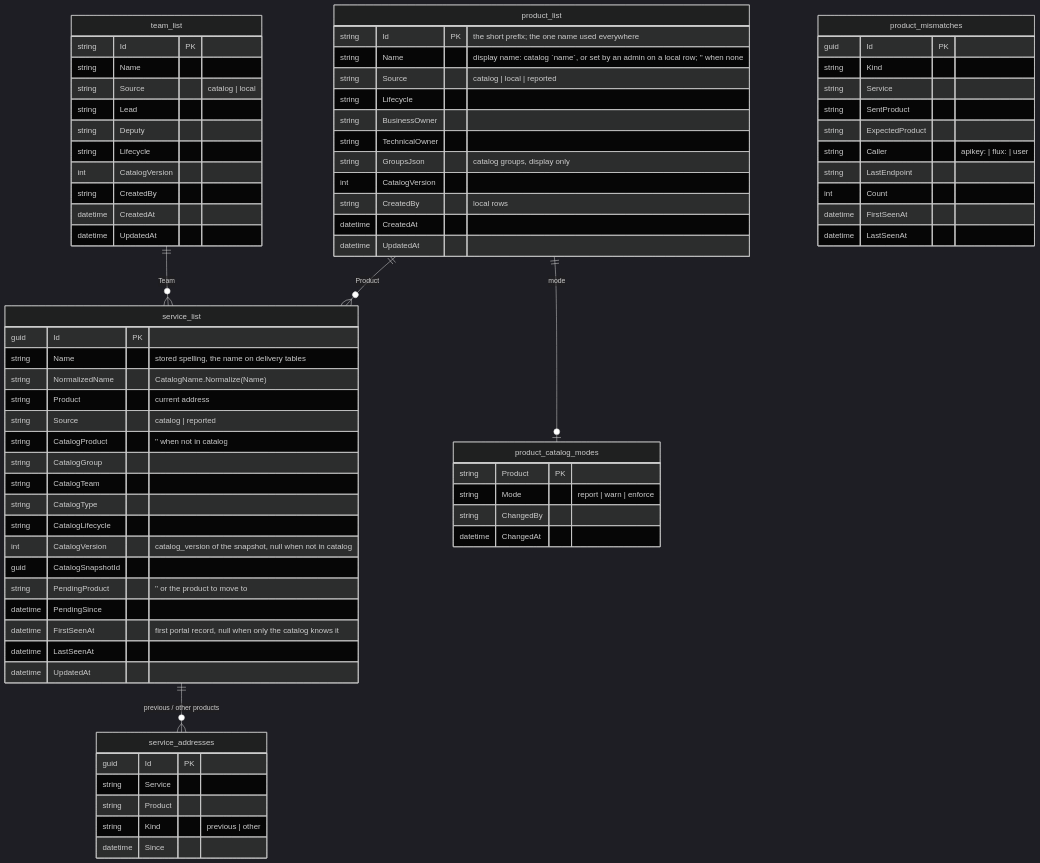
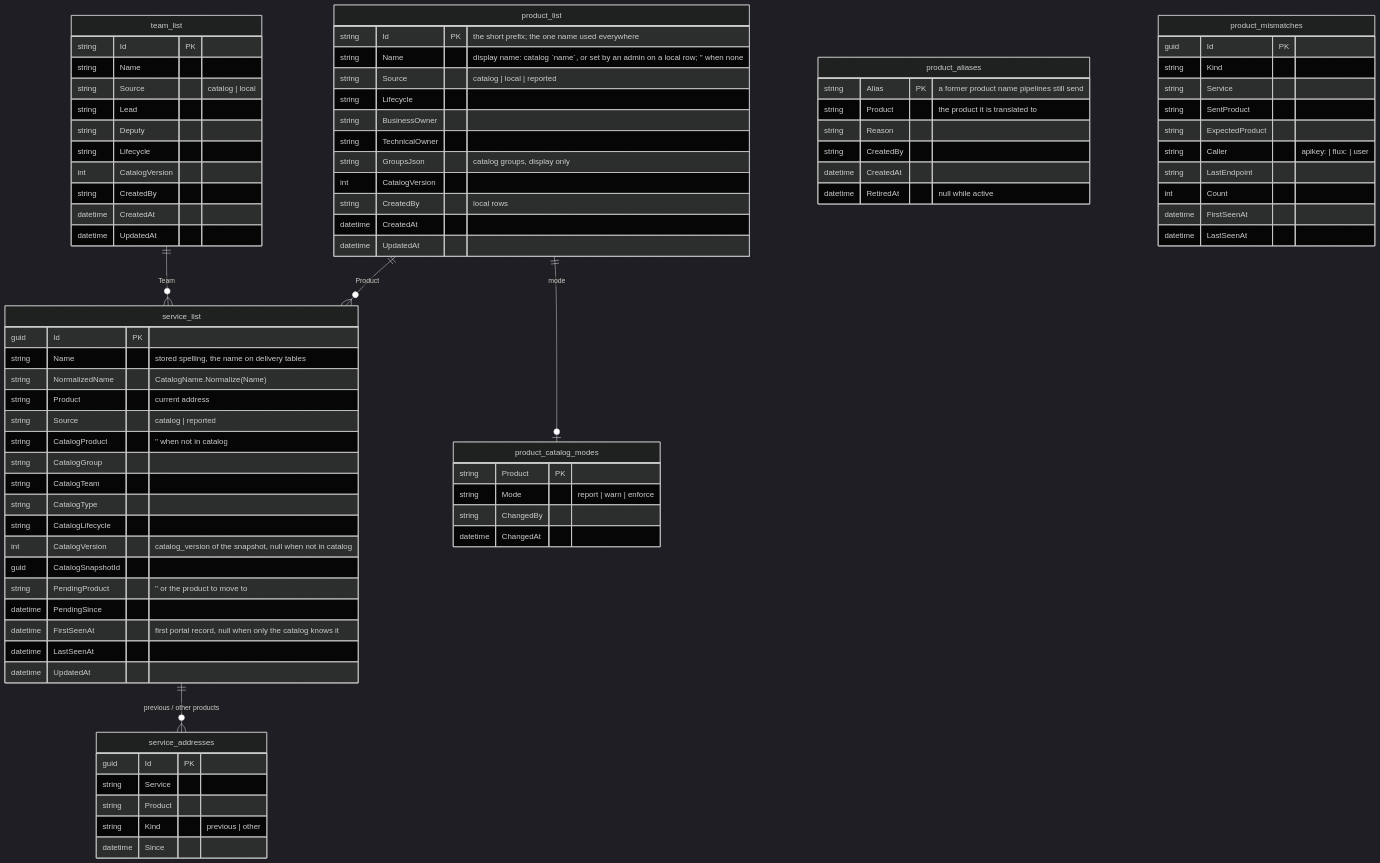
One commit to gr4b4z/InfraPilot changed the diagram in docs/plans/service-list-and-catalog-product.md. Above: the diagram before and after it, drawn with Mermaid (dark theme). The commit also changed other lines of this file and 5 other files, not shown here.

First line of the commit message:
docs: product aliases during the transition, product id rule, ops pseudo-product, agent on clusters without Flux

```diff
--- a/docs/plans/service-list-and-catalog-product.md
+++ b/docs/plans/service-list-and-catalog-product.md
@@ -240,6 +240,14 @@
         string ChangedBy
         datetime ChangedAt
     }
+    product_aliases {
+        string Alias PK "a former product name pipelines still send"
+        string Product "the product it is translated to"
+        string Reason
+        string CreatedBy
+        datetime CreatedAt
+        datetime RetiredAt "null while active"
+    }
     product_mismatches {
         guid Id PK
         string Kind
```
